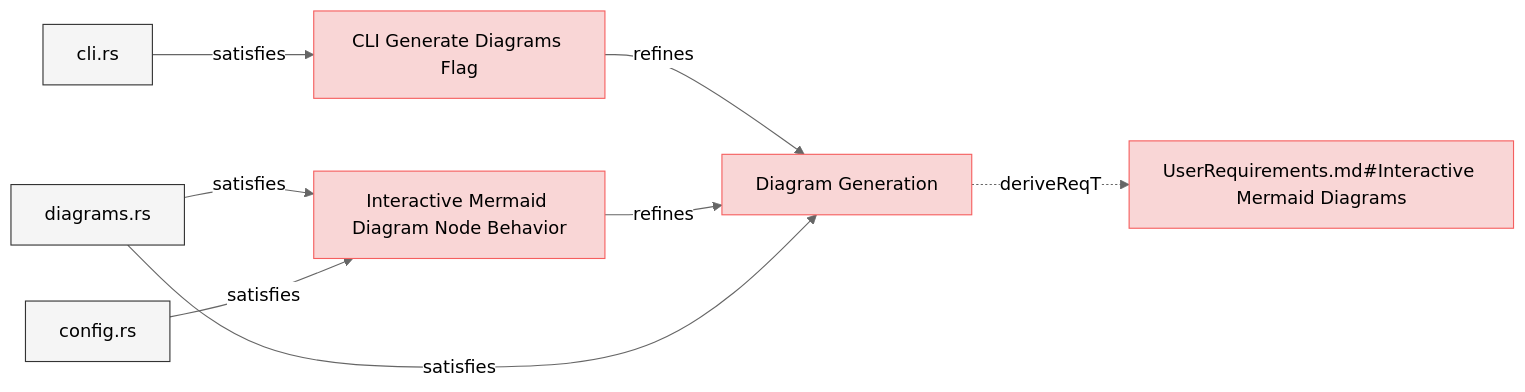
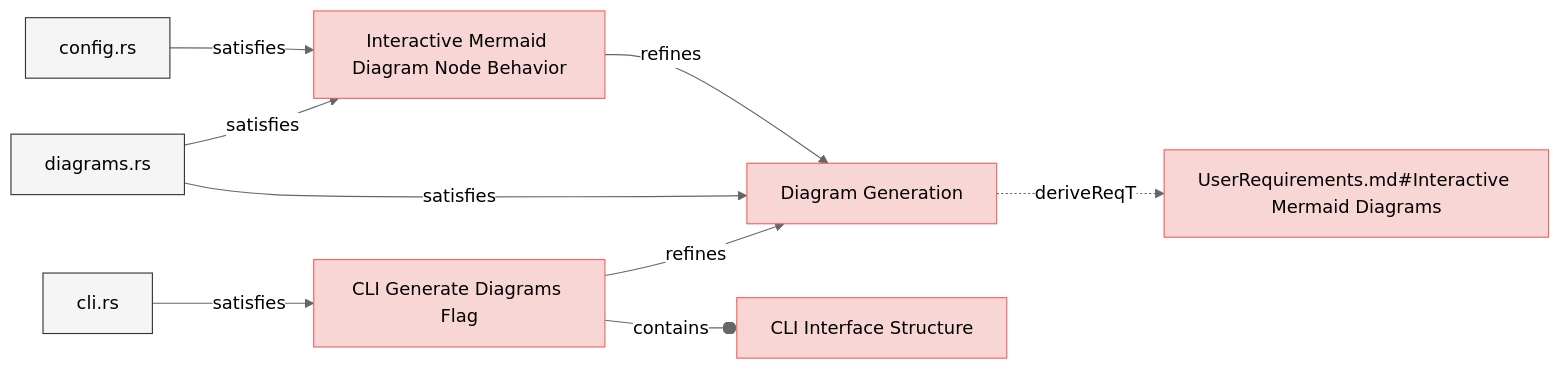
One commit to reqvire-org/reqvire changed the eighth of 8 diagrams in specifications/SystemRequirements/Requirements.md. Above: the diagram before and after it, drawn with Mermaid (neutral theme). The commit also changed other lines of this file and 29 other files, not shown here.

````diff
--- a/specifications/SystemRequirements/Requirements.md
+++ b/specifications/SystemRequirements/Requirements.md
@@ -1358,40 +1381,44 @@
 ```mermaid
 graph LR;
   %% Graph styling
   classDef requirement fill:#f9d6d6,stroke:#f55f5f,stroke-width:1px;
   classDef verification fill:#d6f9d6,stroke:#5fd75f,stroke-width:1px;
   classDef externalLink fill:#d0e0ff,stroke:#3080ff,stroke-width:1px;
   classDef default fill:#f5f5f5,stroke:#333333,stroke-width:1px;
 
   7223dec8fe51900f["CLI Generate Diagrams Flag"];
   class 7223dec8fe51900f requirement;
   click 7223dec8fe51900f "Requirements.md#cli-generate-diagrams-flag";
   e9aee7d9477f4abe["Diagram Generation"];
   class e9aee7d9477f4abe requirement;
   click e9aee7d9477f4abe "Requirements.md#diagram-generation";
   7223dec8fe51900f -->|refines| e9aee7d9477f4abe;
+  8f22faacdb454b23["CLI Interface Structure"];
+  class 8f22faacdb454b23 requirement;
+  click 8f22faacdb454b23 "Requirements.md#cli-interface-structure";
+  7223dec8fe51900f --o|contains| 8f22faacdb454b23;
   80defdd4cbc7ee18["cli.rs"];
   class 80defdd4cbc7ee18 default;
   click 80defdd4cbc7ee18 "../../cli/src/cli.rs";
   80defdd4cbc7ee18 -->|satisfies| 7223dec8fe51900f;
   8fc99a6457ac5a6b["Interactive Mermaid Diagram Node Behavior"];
   class 8fc99a6457ac5a6b requirement;
   click 8fc99a6457ac5a6b "Requirements.md#interactive-mermaid-diagram-node-behavior";
   8fc99a6457ac5a6b -->|refines| e9aee7d9477f4abe;
   dad7eeb932afdb92["diagrams.rs"];
   class dad7eeb932afdb92 default;
   click dad7eeb932afdb92 "../../core/src/diagrams.rs";
   dad7eeb932afdb92 -->|satisfies| 8fc99a6457ac5a6b;
   8419dcc77d92b609["config.rs"];
   class 8419dcc77d92b609 default;
   click 8419dcc77d92b609 "../../cli/src/config.rs";
   8419dcc77d92b609 -->|satisfies| 8fc99a6457ac5a6b;
   eedf6d6d3d2354d9["UserRequirements.md#Interactive Mermaid Diagrams"];
   class eedf6d6d3d2354d9 requirement;
   click eedf6d6d3d2354d9 "../UserRequirements.md#interactive-mermaid-diagrams";
   e9aee7d9477f4abe -.->|deriveReqT| eedf6d6d3d2354d9;
   dad7eeb932afdb92["diagrams.rs"];
   class dad7eeb932afdb92 default;
   click dad7eeb932afdb92 "../../core/src/diagrams.rs";
   dad7eeb932afdb92 -->|satisfies| e9aee7d9477f4abe;
 ```
````
